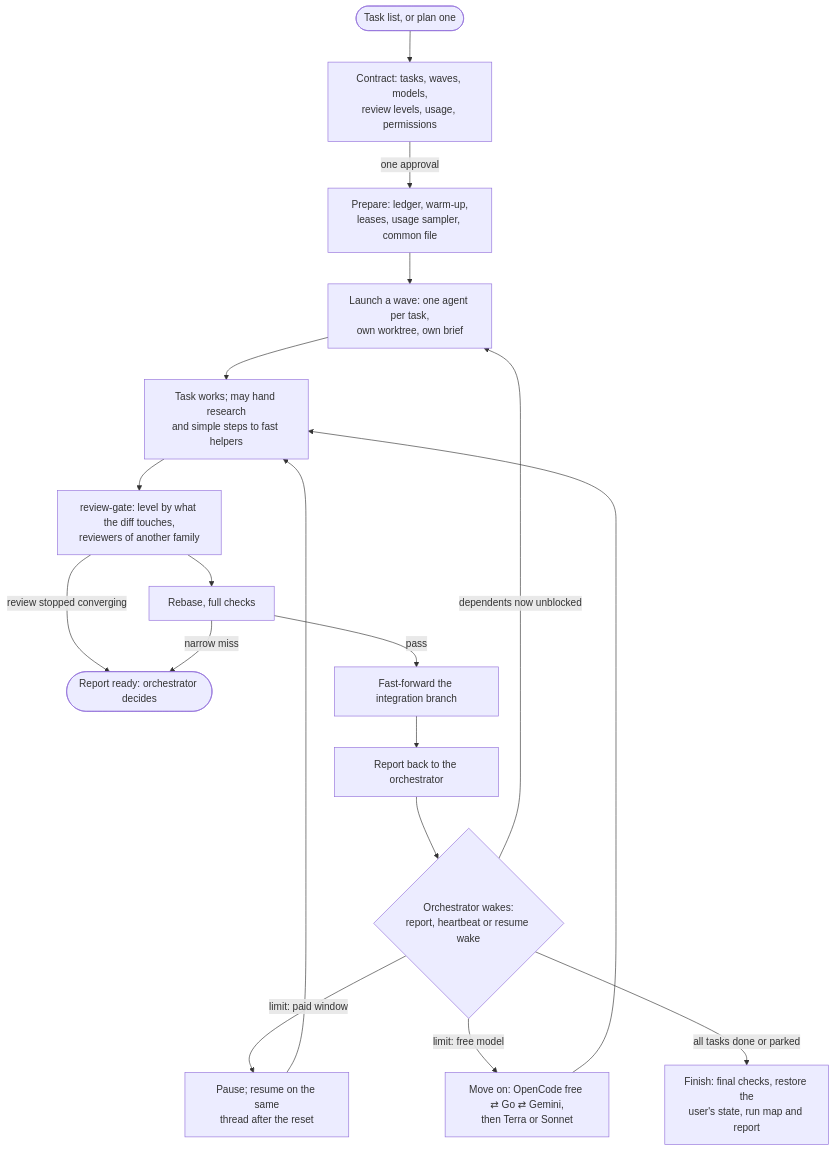
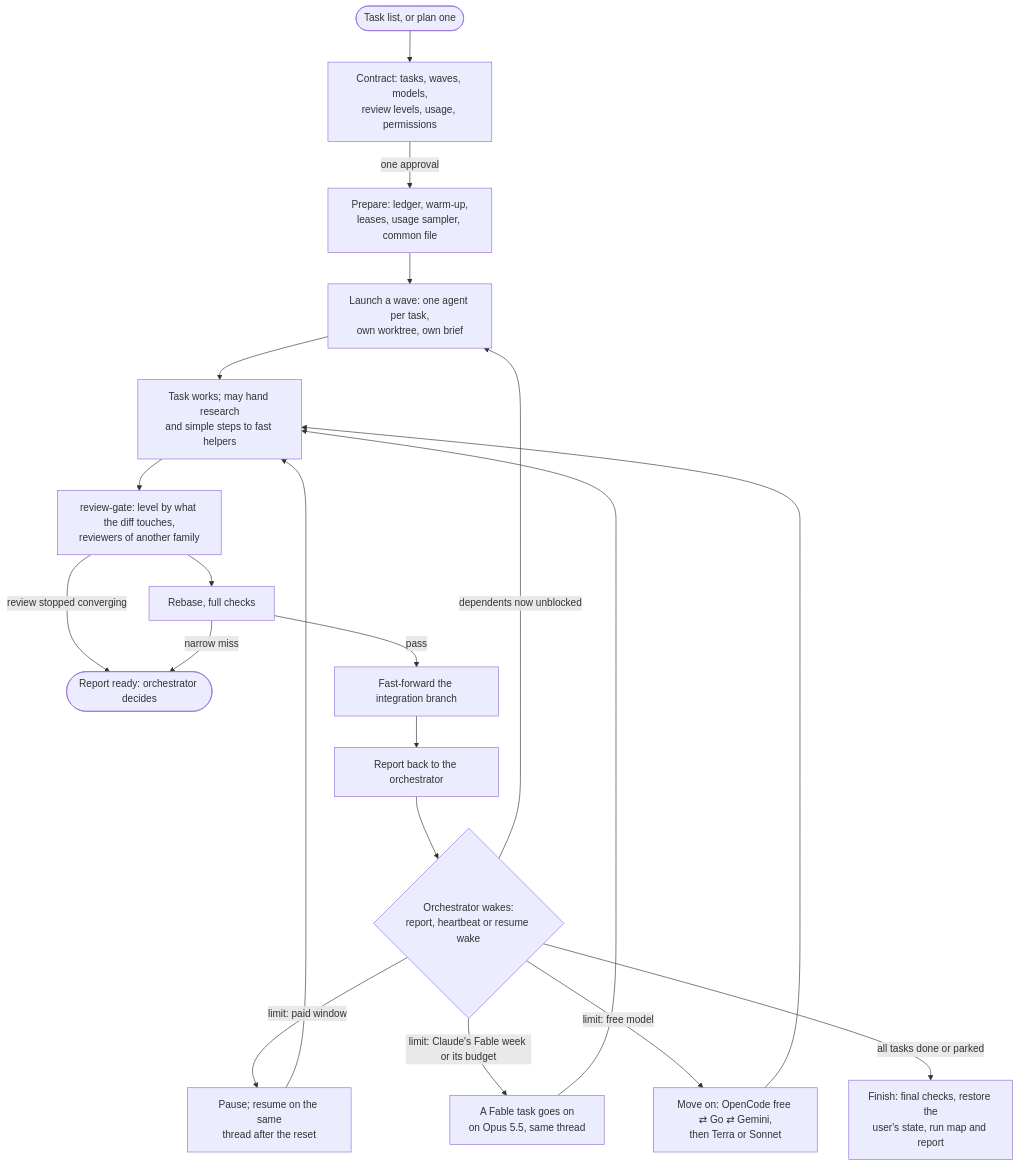
Before and after one commit to kristianbonnici/agent-skills: the diagram in docs/skills/long-horizon-orchestrator/README.md, drawn with Mermaid. The commit also changed 13 other files, not shown here.

````diff
--- a/docs/skills/long-horizon-orchestrator/README.md
+++ b/docs/skills/long-horizon-orchestrator/README.md
@@ -9,20 +9,22 @@
 ```mermaid
 flowchart TD
   plan([Task list, or plan one]) --> contract["Contract: tasks, waves, models,<br/>review levels, usage, permissions"]
   contract -->|one approval| prep["Prepare: ledger, warm-up,<br/>leases, usage sampler, common file"]
   prep --> launch["Launch a wave: one agent per task,<br/>own worktree, own brief"]
   launch --> work["Task works; may hand research<br/>and simple steps to fast helpers"]
   work --> gate["review-gate: level by what the diff touches,<br/>reviewers of another family"]
   gate -->|review stopped converging| ready([Report ready: orchestrator decides])
   gate --> checks["Rebase, full checks"]
   checks -->|pass| merge["Fast-forward the integration branch"]
   checks -->|narrow miss| ready
   merge --> report["Report back to the orchestrator"]
   report --> wake{"Orchestrator wakes:<br/>report, heartbeat or resume wake"}
   wake -->|dependents now unblocked| launch
   wake -->|"limit: paid window"| pause["Pause; resume on the same<br/>thread after the reset"]
   pause --> work
+  wake -->|"limit: Claude's Fable week or its budget"| opus["A Fable task goes on<br/>on Opus 5.5, same thread"]
+  opus --> work
   wake -->|"limit: free model"| move["Move on: OpenCode free ⇄ Go ⇄ Gemini,<br/>then Terra or Sonnet"]
   move --> work
   wake -->|all tasks done or parked| finish["Finish: final checks, restore the<br/>user's state, run map and report"]
 ```
````
